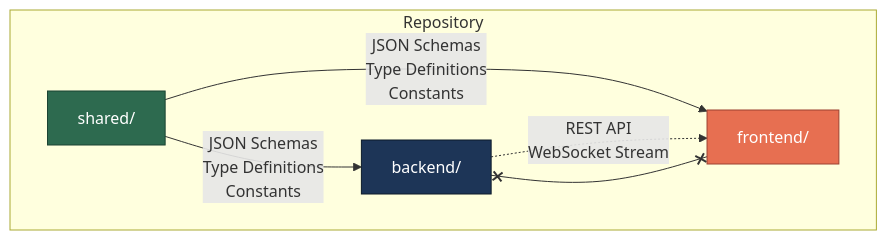
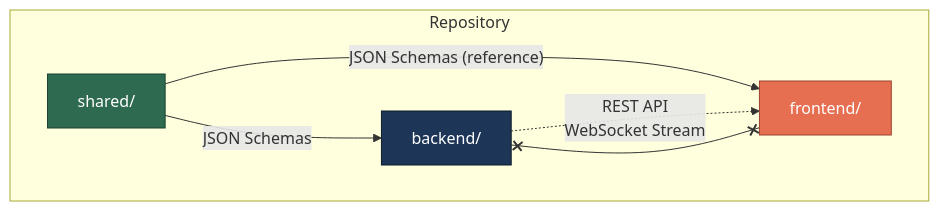
The diagram in docs/architecture/01-repository-architecture.md (Viraj281105/Traffic-Simulation), drawn with Mermaid before and after one commit. The commit also changed other lines of this file and 60 other files, not shown here.

````diff
--- a/docs/architecture/01-repository-architecture.md
+++ b/docs/architecture/01-repository-architecture.md
@@ -162,18 +104,18 @@
 ```mermaid
 graph TD
     subgraph Repository
         BE[backend/]
         FE[frontend/]
         SH[shared/]
     end
 
-    SH -->|"JSON Schemas<br/>Type Definitions<br/>Constants"| BE
-    SH -->|"JSON Schemas<br/>Type Definitions<br/>Constants"| FE
+    SH -->|"JSON Schemas"| BE
+    SH -->|"JSON Schemas (reference)"| FE
     BE -.->|"REST API<br/>WebSocket Stream"| FE
 
     BE x--x FE
 
     style SH fill:#2d6a4f,stroke:#1b4332,color:#fff
     style BE fill:#1d3557,stroke:#0d1b2a,color:#fff
     style FE fill:#e76f51,stroke:#9c4130,color:#fff
 ```
````
